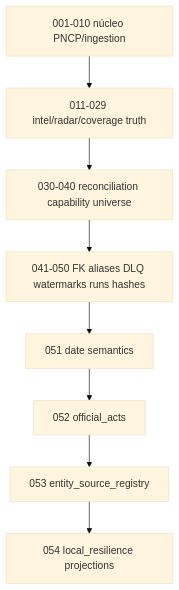
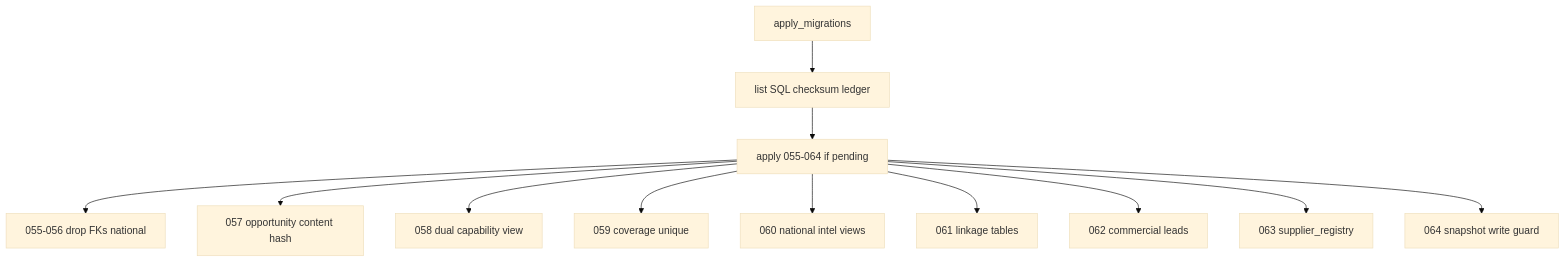
One commit to tjsasakifln/extra-cli changed the diagram in _reversa_sdd/flowcharts/db.md. Above: the diagram before and after it, drawn with Mermaid (base theme). The commit also changed other lines of this file and 41 other files, not shown here.

First line of the commit message:
fix(compose): unify local test-db with official pgvector (W006)

````diff
--- a/_reversa_sdd/flowcharts/db.md
+++ b/_reversa_sdd/flowcharts/db.md
@@ -7,10 +5,14 @@
 ```mermaid
 flowchart TD
-    A[001-010 núcleo PNCP/ingestion] --> B[011-029 intel/radar/coverage truth]
-    B --> C[030-040 reconciliation capability universe]
-    C --> D[041-050 FK aliases DLQ watermarks runs hashes]
-    D --> E[051 date semantics]
-    E --> F[052 official_acts]
-    F --> G[053 entity_source_registry]
-    G --> H[054 local_resilience projections]
+  A[apply_migrations] --> B[list SQL checksum ledger]
+  B --> C[apply 055-064 if pending]
+  C --> D[055-056 drop FKs national]
+  C --> E[057 opportunity content hash]
+  C --> F[058 dual capability view]
+  C --> G[059 coverage unique]
+  C --> H[060 national intel views]
+  C --> I[061 linkage tables]
+  C --> J[062 commercial leads]
+  C --> K[063 supplier_registry]
+  C --> L[064 snapshot write guard]
 ```
````
